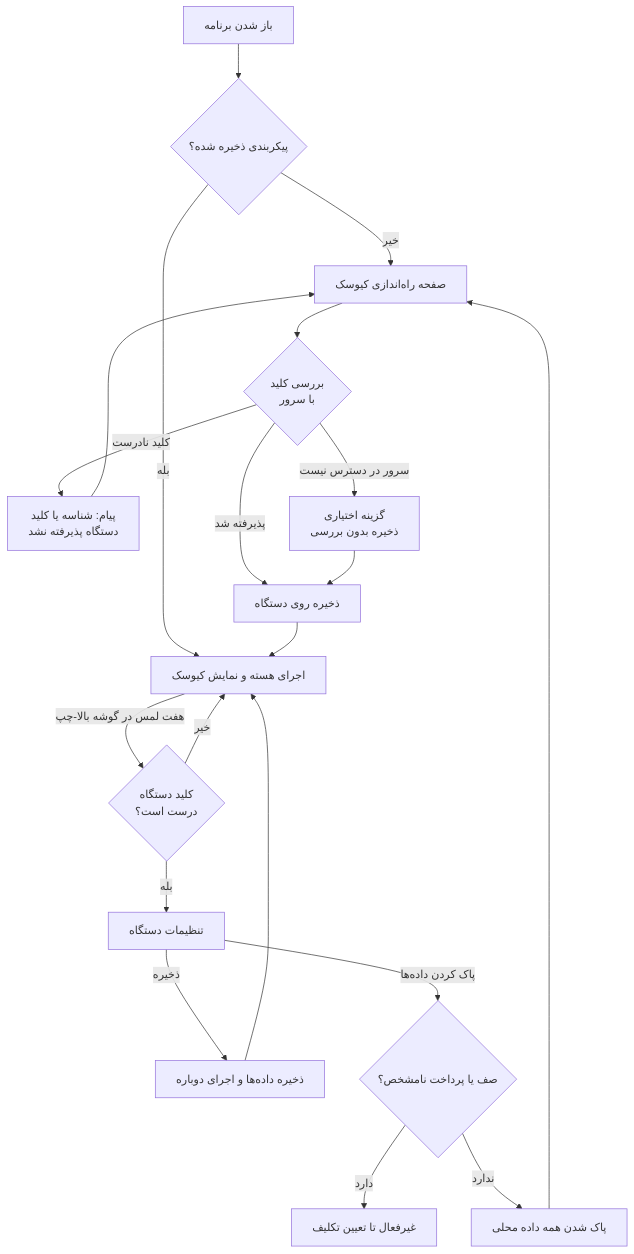
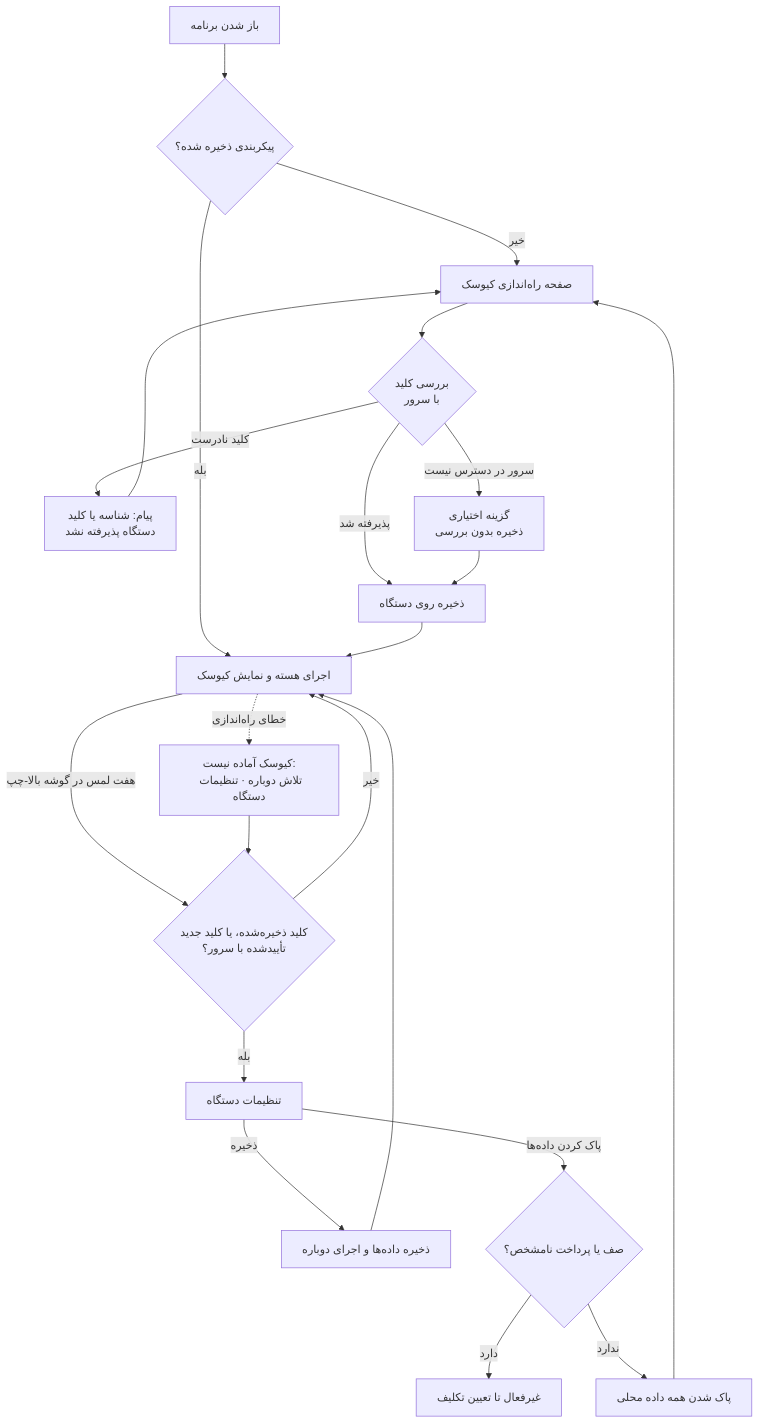
One commit to daneshavaran123-lab/andishkadeh changed the ninth of 10 diagrams in README.md. Above: the diagram before and after it, drawn with Mermaid. The commit also changed other lines of this file and 53 other files, not shown here.

````diff
--- a/README.md
+++ b/README.md
@@ -324,18 +325,19 @@
 ```mermaid
 flowchart TD
   O["باز شدن برنامه"] --> Q{"پیکربندی ذخیره شده؟"}
   Q -- "خیر" --> S["صفحه راه‌اندازی کیوسک"]
   S --> V{"بررسی کلید<br/>با سرور"}
   V -- "پذیرفته شد" --> SAVE["ذخیره روی دستگاه"]
   V -- "کلید نادرست" --> E1["پیام: شناسه یا کلید<br/>دستگاه پذیرفته نشد"] --> S
   V -- "سرور در دسترس نیست" --> E2["گزینه اختیاری<br/>ذخیره بدون بررسی"] --> SAVE
   Q -- "بله" --> RUN
   SAVE --> RUN["اجرای هسته و نمایش کیوسک"]
-  RUN -- "هفت لمس در گوشه بالا-چپ" --> G{"کلید دستگاه<br/>درست است؟"}
+  RUN -- "هفت لمس در گوشه بالا-چپ" --> G{"کلید ذخیره‌شده، یا کلید جدید<br/>تأییدشده با سرور؟"}
+  RUN -. "خطای راه‌اندازی" .-> ERR["کیوسک آماده نیست:<br/>تلاش دوباره · تنظیمات دستگاه"] --> G
   G -- "خیر" --> RUN
   G -- "بله" --> SET["تنظیمات دستگاه"]
   SET -- "ذخیره" --> RL["ذخیره داده‌ها و اجرای دوباره"] --> RUN
   SET -- "پاک کردن داده‌ها" --> CHK{"صف یا پرداخت نامشخص؟"}
   CHK -- "دارد" --> BLK["غیرفعال تا تعیین تکلیف"]
   CHK -- "ندارد" --> WIPE["پاک شدن همه داده محلی"] --> S
 ```
````
